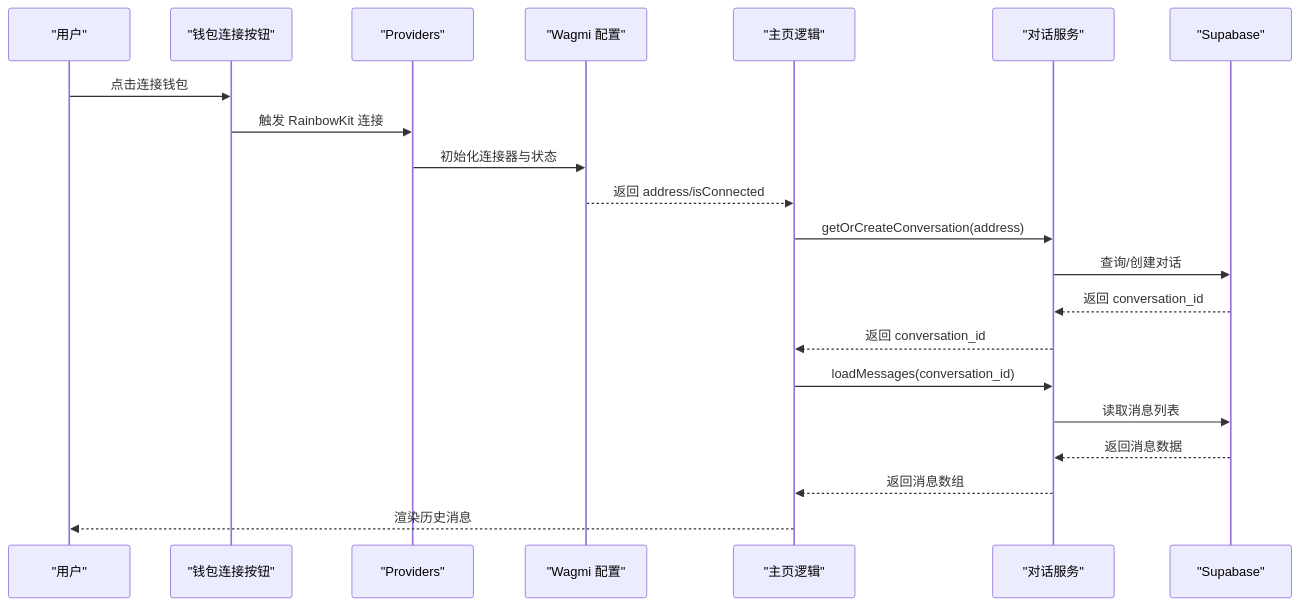
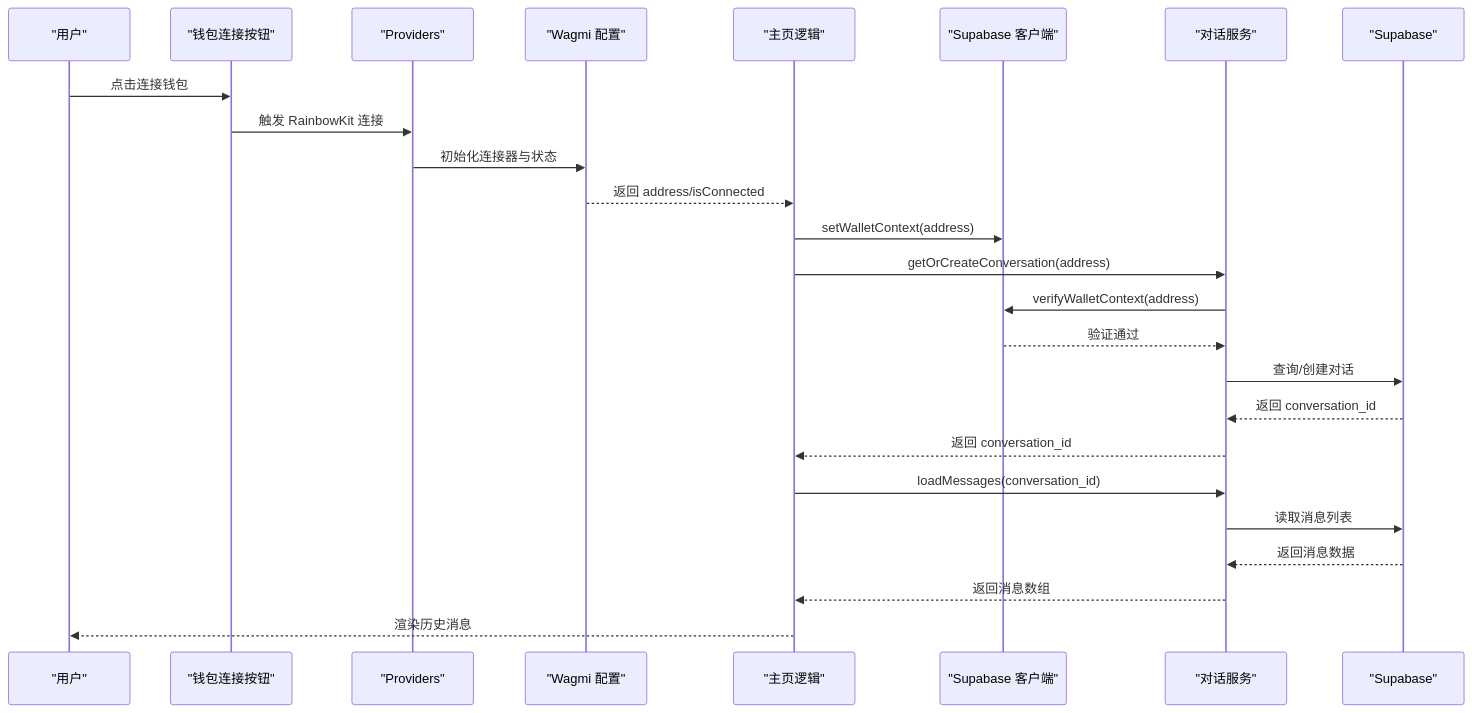
Before and after one commit to CryptoLinxu/Web3-AI-Agent: the second of 8 diagrams in .qoder/repowiki/zh/content/快速开始/钱包登录配置指南.md, drawn with Mermaid. The commit also changed other lines of this file and 3 other files, not shown here.

````diff
--- a/.qoder/repowiki/zh/content/快速开始/钱包登录配置指南.md
+++ b/.qoder/repowiki/zh/content/快速开始/钱包登录配置指南.md
@@ -104,23 +122,27 @@
 ```mermaid
 sequenceDiagram
 participant User as "用户"
 participant WalletBtn as "钱包连接按钮"
 participant Providers as "Providers"
 participant Wagmi as "Wagmi 配置"
 participant Page as "主页逻辑"
+participant Client as "Supabase 客户端"
 participant ConvService as "对话服务"
 participant Supabase as "Supabase"
 User->>WalletBtn : 点击连接钱包
 WalletBtn->>Providers : 触发 RainbowKit 连接
 Providers->>Wagmi : 初始化连接器与状态
 Wagmi-->>Page : 返回 address/isConnected
+Page->>Client : setWalletContext(address)
 Page->>ConvService : getOrCreateConversation(address)
+ConvService->>Client : verifyWalletContext(address)
+Client-->>ConvService : 验证通过
 ConvService->>Supabase : 查询/创建对话
 Supabase-->>ConvService : 返回 conversation_id
 ConvService-->>Page : 返回 conversation_id
 Page->>ConvService : loadMessages(conversation_id)
 ConvService->>Supabase : 读取消息列表
 Supabase-->>ConvService : 返回消息数据
 ConvService-->>Page : 返回消息数组
 Page-->>User : 渲染历史消息
 ```
````
